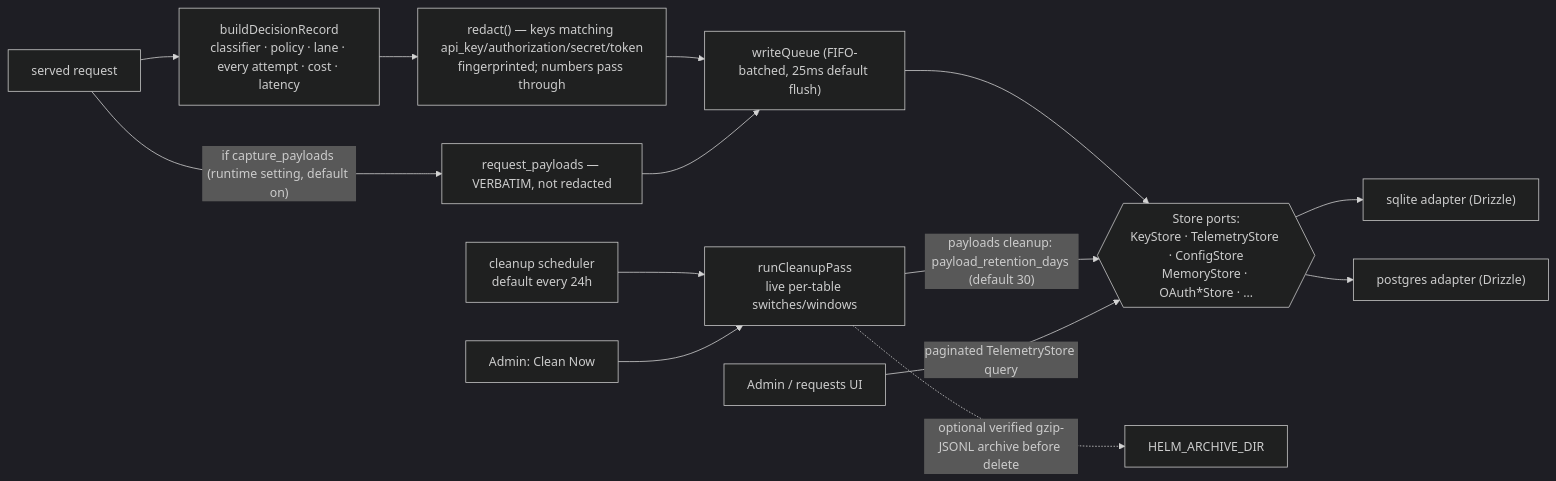
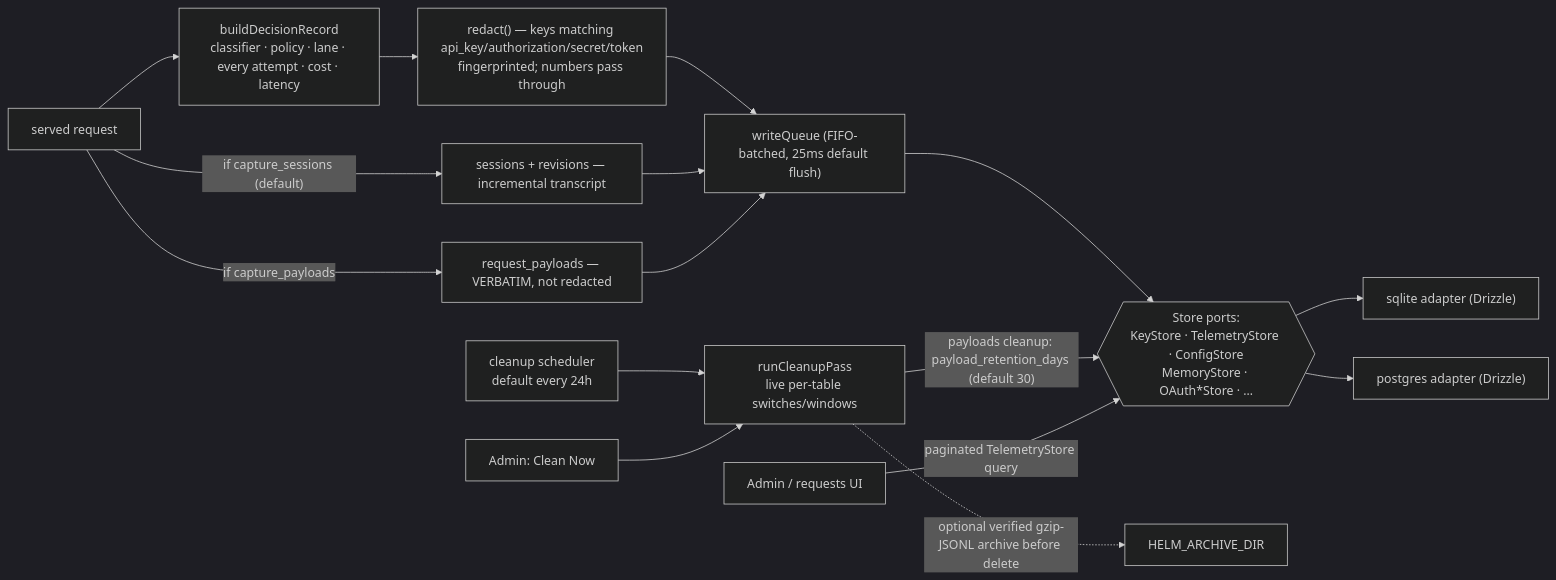
Diagram 13 of 13 in docs/architecture.md (EasyMetaAu/helm-api), drawn with Mermaid (dark theme) before and after one commit. The commit also changed 19 other files, not shown here.

Commit message:
fix: enable session capture by default

````diff
--- a/docs/architecture.md
+++ b/docs/architecture.md
@@ -612,18 +612,20 @@
 ```mermaid
 flowchart LR
     REQ["served request"] --> BD["buildDecisionRecord<br/>classifier · policy · lane · every attempt · cost · latency"]
     BD --> RD["redact() — keys matching api_key/authorization/secret/token<br/>fingerprinted; numbers pass through"]
     RD --> WQ["writeQueue (FIFO-batched, 25ms default flush)"]
-    REQ -->|"if capture_payloads (runtime setting, default on)"| PL["request_payloads — VERBATIM, not redacted"]
+    REQ -->|"if capture_sessions (default)"| ST["sessions + revisions — incremental transcript"]
+    REQ -->|"if capture_payloads"| PL["request_payloads — VERBATIM, not redacted"]
+    ST --> WQ
     PL --> WQ
     WQ --> PORTS{{"Store ports:<br/>KeyStore · TelemetryStore · ConfigStore<br/>MemoryStore · OAuth*Store · …"}}
     PORTS --> SQ["sqlite adapter (Drizzle)"]
     PORTS --> PG["postgres adapter (Drizzle)"]
 
     TICK["cleanup scheduler<br/>default every 24h"] --> RUN["runCleanupPass<br/>live per-table switches/windows"]
     MAN["Admin: Clean Now"] --> RUN
     RUN -->|"payloads cleanup: payload_retention_days (default 30)"| PORTS
     RUN -.->|"optional verified gzip-JSONL archive before delete"| ARC["HELM_ARCHIVE_DIR"]
 
     ADM["Admin / requests UI"] -->|"paginated TelemetryStore query"| PORTS
 ```
````
